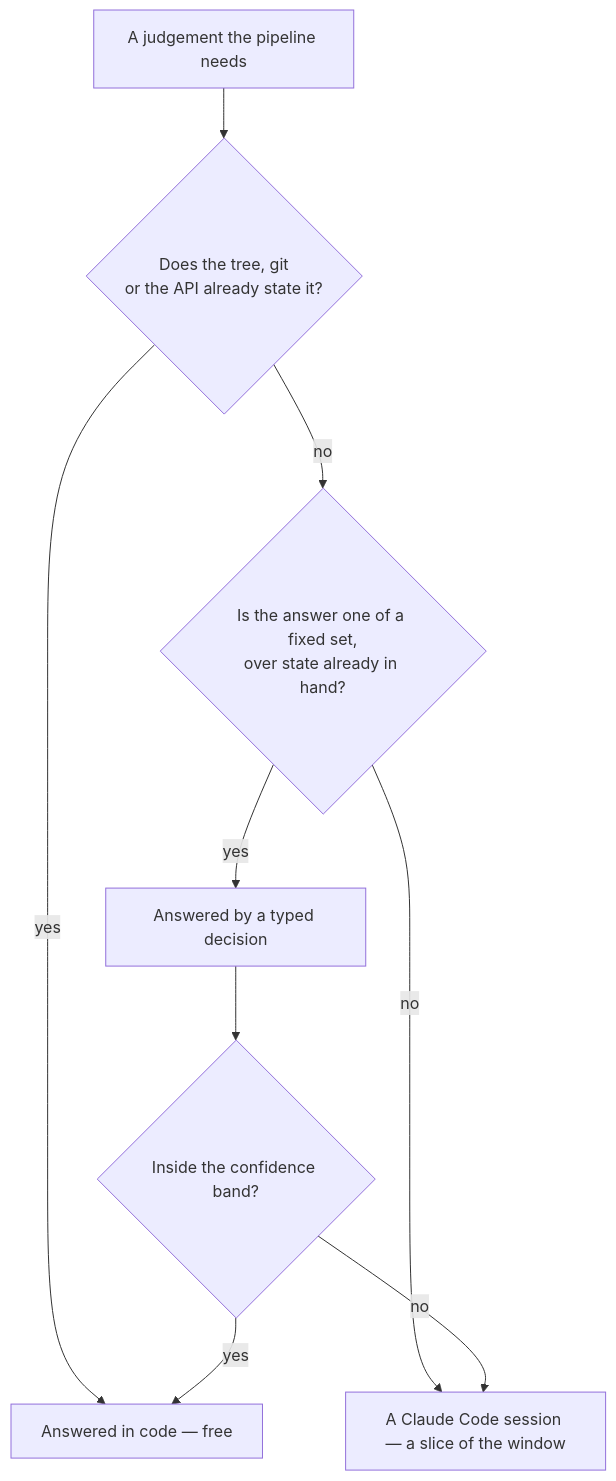
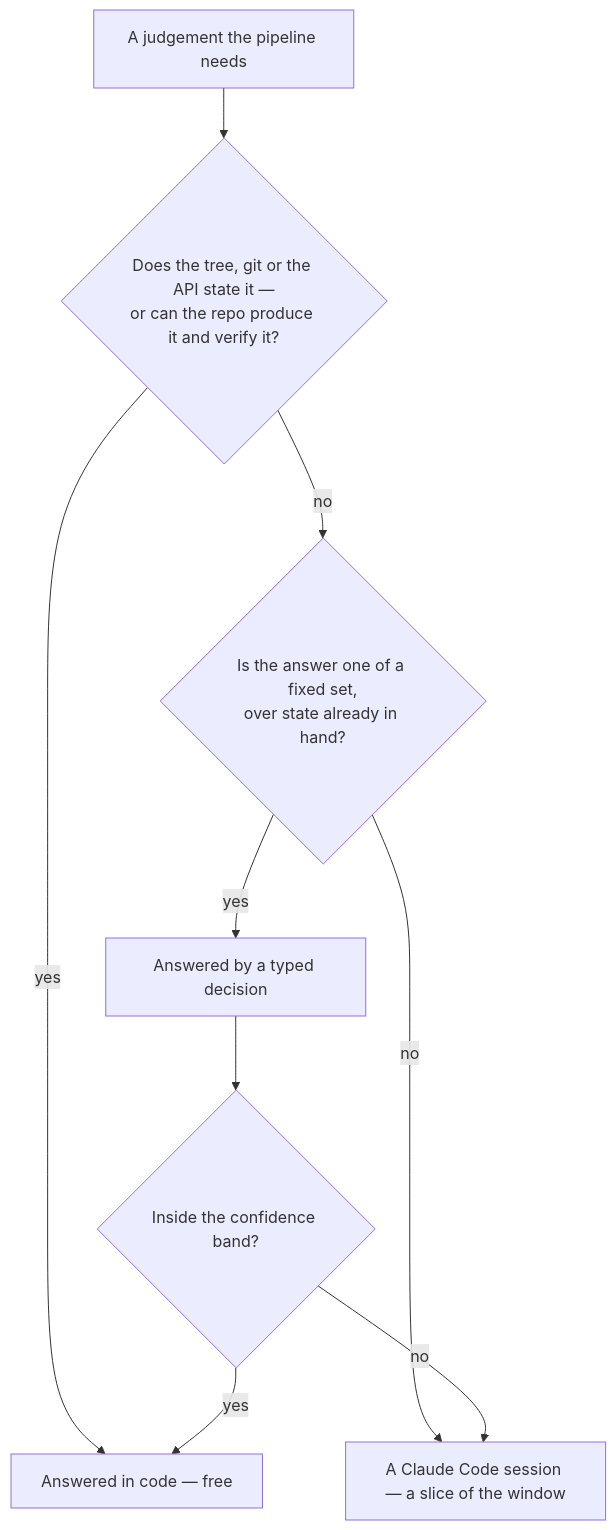
The diagram in apps/web/content/docs/infra/typed-decisions.md (Esposter/Esposter), drawn with Mermaid before and after one commit. The commit also changed 2 other files, not shown here.

Commit message:
docs(collector): carry the regenerating repair into the flows that describe it
The repair grew a tier and three flows still said it was a session: the collector
index's step list and its diagram, the collection cycle's diagram and its re-run
table. The typed-decision diagram's first box asked only whether something already
states the answer, which is now too narrow — the deterministic tier can also produce
one and have the repo's own verifier judge it.

Also: the release-verdict row said the marker records "the session's reading" of the
risk rationale. The gate has been able to record it since the typed tier landed, so
the row names the tier rather than the session.

`infra/` was swept on 2026-09-15 and has had the whole typed-decision tier, the
triage labeller and now this land inside it since, so the row goes back to open.
Nothing automatic would have found the four stale spots: no path or backticked name
in them was dead, so `citations` and `staleNames` had nothing to catch, and a dated
row is a row the next sitting skips.

Reopens: docs/content | `resource/sheet/`, `infra/`

````diff
--- a/apps/web/content/docs/infra/typed-decisions.md
+++ b/apps/web/content/docs/infra/typed-decisions.md
@@ -12,19 +12,19 @@
 ```mermaid
 flowchart TD
     Question[A judgement the pipeline needs]
-    Deterministic{Does the tree, git<br/>or the API already state it?}
+    Deterministic{Does the tree, git or the API state it —<br/>or can the repo produce it and verify it?}
     Typed{Is the answer one of a fixed set,<br/>over state already in hand?}
     Confident{Inside the confidence band?}
     Code[Answered in code — free]
     Jev[Answered by a typed decision]
     Session[A Claude Code session — a slice of the window]
 
     Question --> Deterministic
     Deterministic -- yes --> Code
     Deterministic -- no --> Typed
     Typed -- no --> Session
     Typed -- yes --> Jev
     Jev --> Confident
     Confident -- yes --> Code
     Confident -- no --> Session
 ```
````
